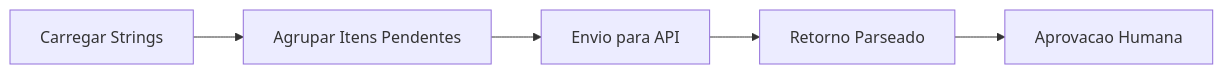
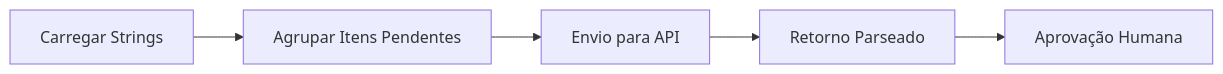
Before and after one commit to gvcds/srmt_july: the second of 2 diagrams in stms_assist.md, drawn with Mermaid. The commit also changed other lines of this file, not shown here.

````diff
--- a/stms_assist.md
+++ b/stms_assist.md
@@ -63,7 +63,7 @@
 ```mermaid
 graph LR
     A[Carregar Strings] --> B[Agrupar Itens Pendentes]
     B --> C[Envio para API]
     C --> D[Retorno Parseado]
-    D --> E[Aprovacao Humana]
+    D --> E[Aprovação Humana]
 ```
````
